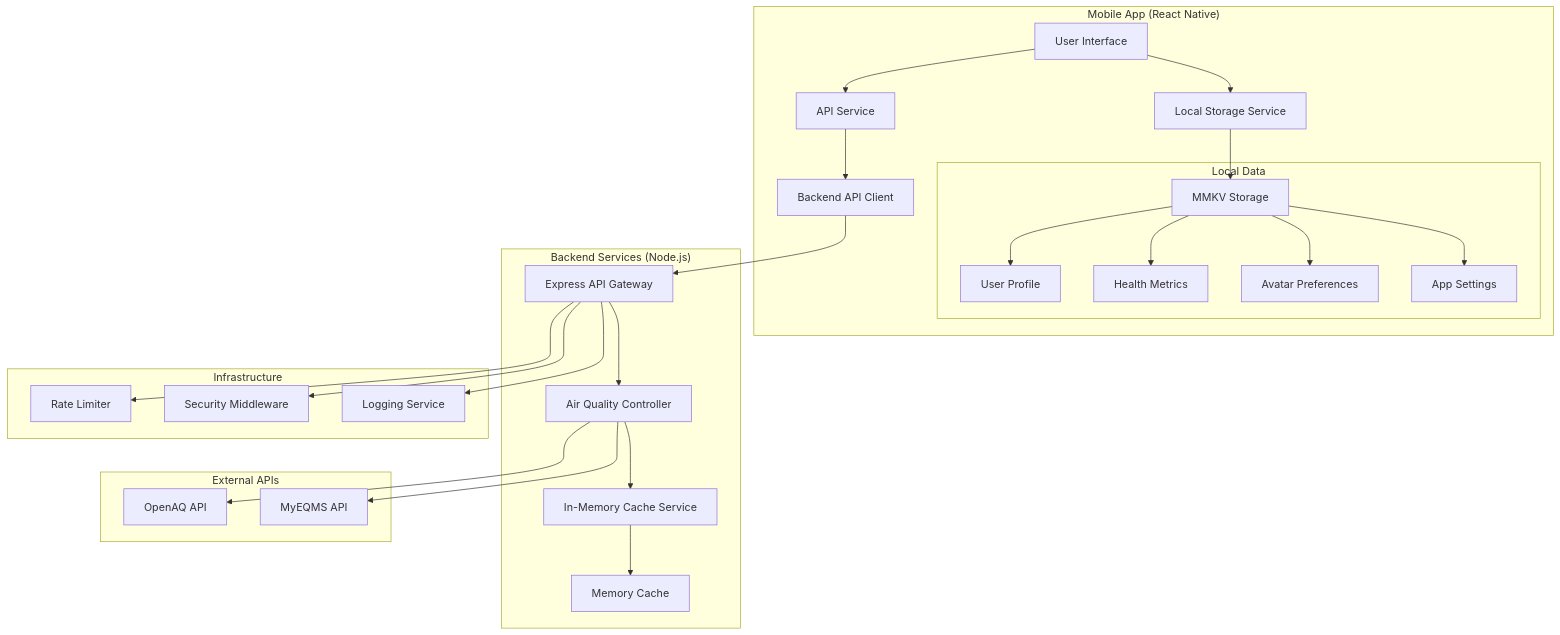
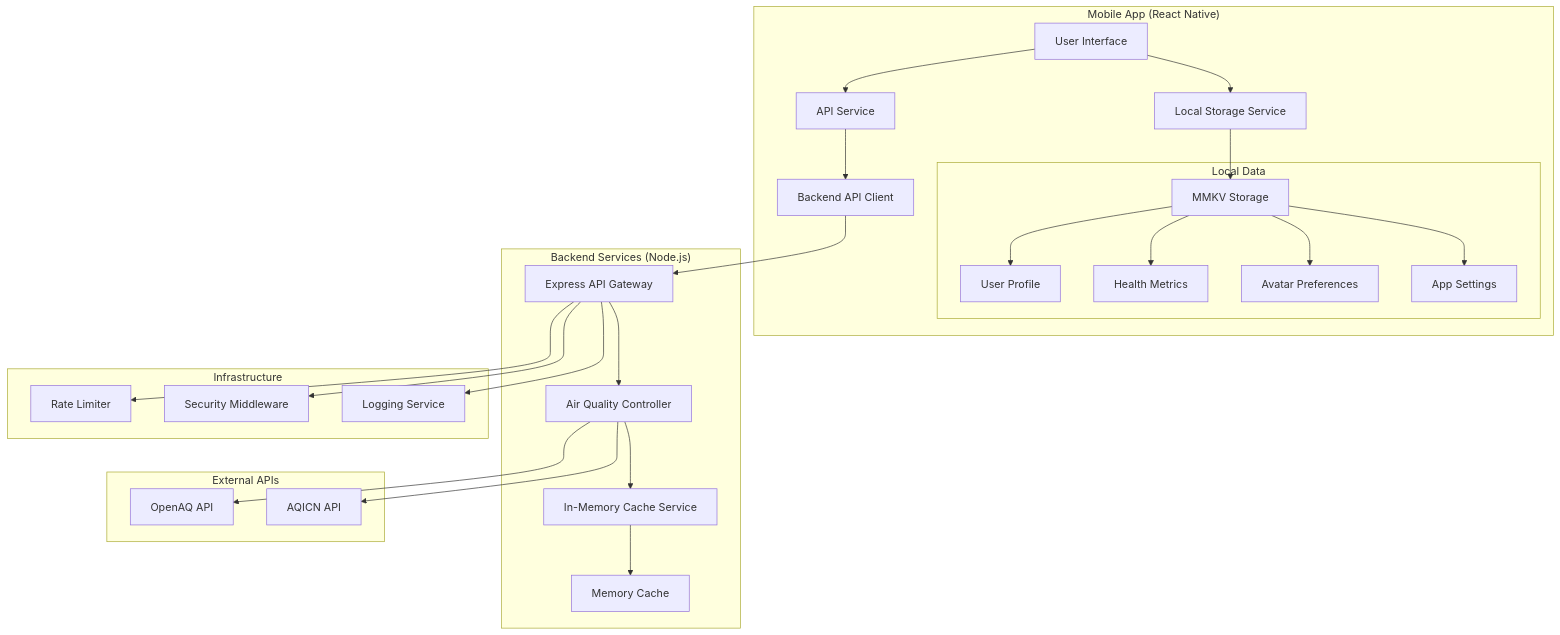
One commit to atan0168/mirrox changed the first of 9 diagrams in docs/ARCHITECTURE.md. Above: the diagram before and after it, drawn with Mermaid. The commit also changed other lines of this file and 11 other files, not shown here.

````diff
--- a/docs/ARCHITECTURE.md
+++ b/docs/ARCHITECTURE.md
@@ -22,36 +22,36 @@
 ```mermaid
 graph TB
     subgraph "Mobile App (React Native)"
         A[User Interface] --> B[Local Storage Service]
         A --> C[API Service]
         B --> D[MMKV Storage]
         C --> E[Backend API Client]
 
         subgraph "Local Data"
             D --> F[User Profile]
             D --> G[Health Metrics]
             D --> H[Avatar Preferences]
             D --> I[App Settings]
         end
     end
 
     subgraph "Backend Services (Node.js)"
         E --> J[Express API Gateway]
         J --> K[Air Quality Controller]
 
         K --> N[In-Memory Cache Service]
 
         N --> O[Memory Cache]
     end
 
     subgraph "External APIs"
         K --> T[OpenAQ API]
-        K --> U[MyEQMS API]
+        K --> S[AQICN API]
     end
 
     subgraph "Infrastructure"
         J --> W[Rate Limiter]
         J --> X[Security Middleware]
         J --> Y[Logging Service]
     end
 ```
````
